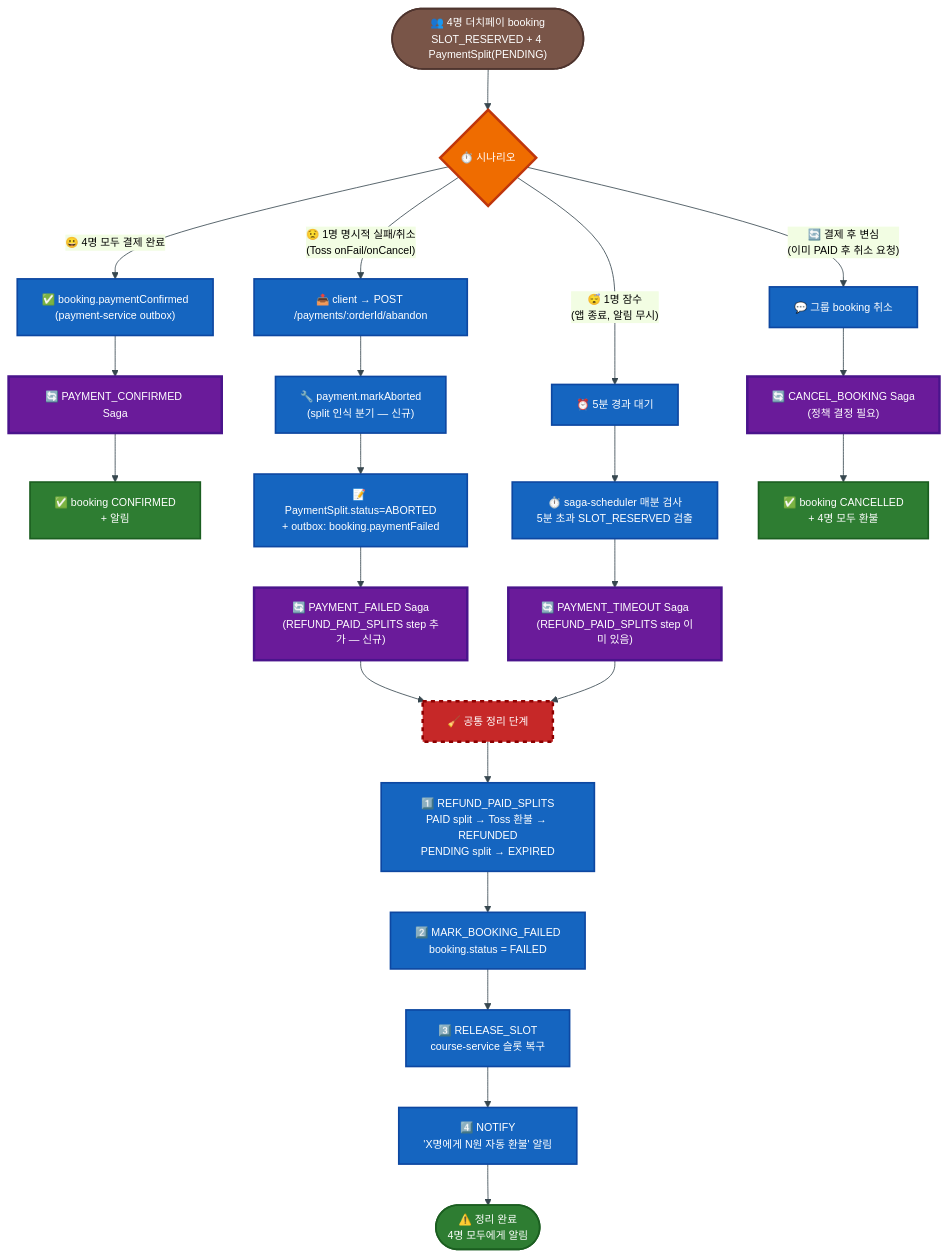
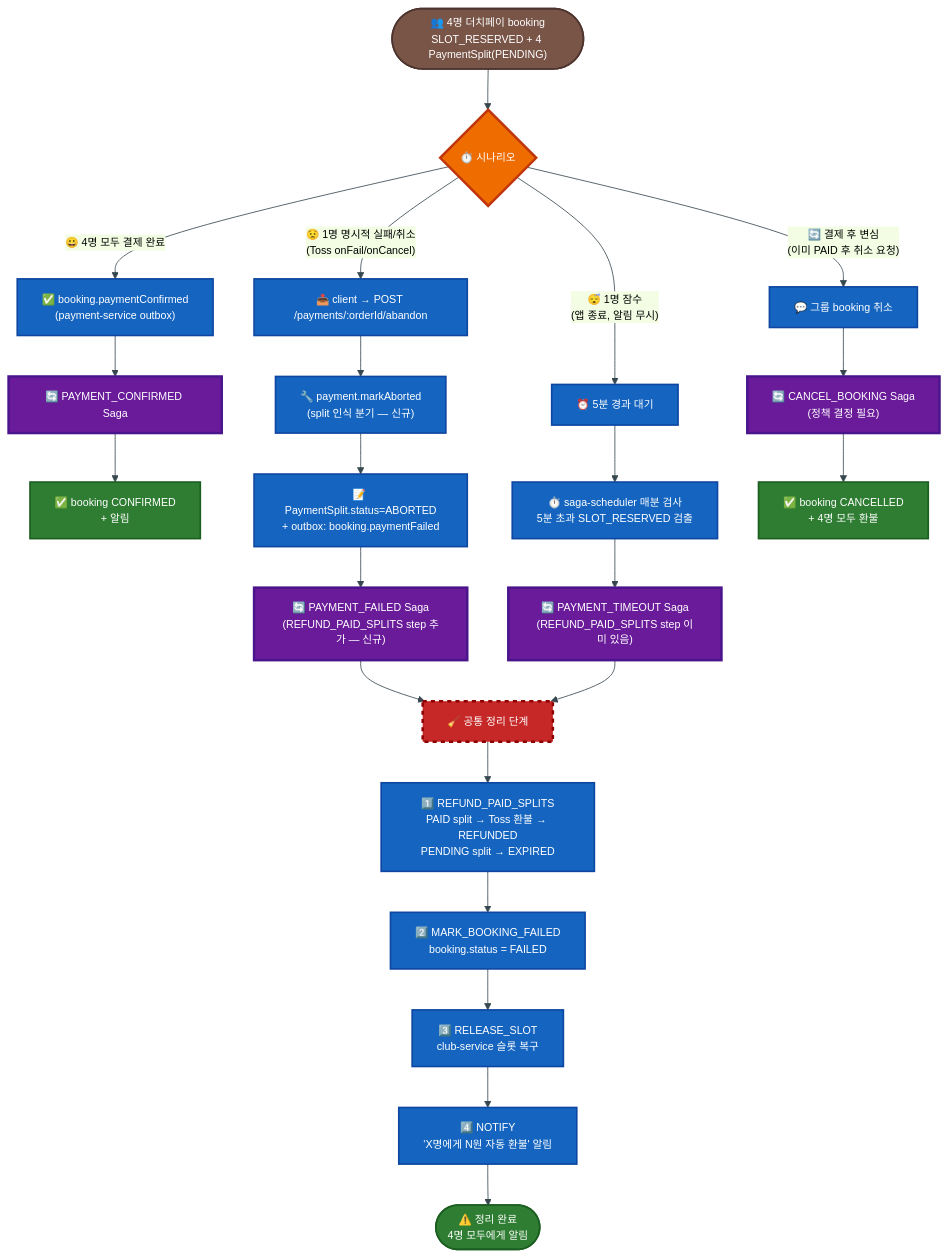
The fifth of 9 diagrams in docs/workflow/SAGA.md (uniyous/parkgolf-platform), drawn with Mermaid before and after one commit. The commit also changed other lines of this file and 130 other files, not shown here.

First line of the commit message:
refactor(infra): course-service → club-service 풀 리네임 (UNI-80)

````diff
--- a/docs/workflow/SAGA.md
+++ b/docs/workflow/SAGA.md
@@ -470,47 +470,47 @@
 ```mermaid
 %%{init: {'theme':'base','themeVariables':{'primaryColor':'#E3F2FD','primaryTextColor':'#000','primaryBorderColor':'#1565C0','lineColor':'#37474F','clusterBkg':'#ECEFF1','fontSize':'13px'}}}%%
 flowchart TD
     Start(["👥 4명 더치페이 booking<br/>SLOT_RESERVED + 4 PaymentSplit(PENDING)"]) --> Branch{"⏱️ 시나리오"}
 
     Branch -->|"😀 4명 모두 결제 완료"| AllPaid["✅ booking.paymentConfirmed<br/>(payment-service outbox)"]
     Branch -->|"😟 1명 명시적 실패/취소<br/>(Toss onFail/onCancel)"| Explicit["📤 client → POST /payments/:orderId/abandon"]
     Branch -->|"😴 1명 잠수<br/>(앱 종료, 알림 무시)"| Silent["⏰ 5분 경과 대기"]
     Branch -->|"🔄 결제 후 변심<br/>(이미 PAID 후 취소 요청)"| Mind["💬 그룹 booking 취소"]
 
     AllPaid --> ConfirmedSaga["🔄 PAYMENT_CONFIRMED Saga"]
     ConfirmedSaga --> Confirmed["✅ booking CONFIRMED<br/>+ 알림"]
 
     Explicit --> AbandonAPI["🔧 payment.markAborted<br/>(split 인식 분기 — 신규)"]
     AbandonAPI --> SplitAborted["📝 PaymentSplit.status=ABORTED<br/>+ outbox: booking.paymentFailed"]
     SplitAborted --> FailedSaga["🔄 PAYMENT_FAILED Saga<br/>(REFUND_PAID_SPLITS step 추가 — 신규)"]
 
     Silent --> Scheduler["⏱️ saga-scheduler 매분 검사<br/>5분 초과 SLOT_RESERVED 검출"]
     Scheduler --> TimeoutSaga["🔄 PAYMENT_TIMEOUT Saga<br/>(REFUND_PAID_SPLITS step 이미 있음)"]
 
     Mind --> CancelSaga["🔄 CANCEL_BOOKING Saga<br/>(정책 결정 필요)"]
     CancelSaga --> CancelDone["✅ booking CANCELLED<br/>+ 4명 모두 환불"]
 
     FailedSaga --> Cleanup["🧹 공통 정리 단계"]
     TimeoutSaga --> Cleanup
     Cleanup --> Step1["1️⃣ REFUND_PAID_SPLITS<br/>PAID split → Toss 환불 → REFUNDED<br/>PENDING split → EXPIRED"]
     Step1 --> Step2["2️⃣ MARK_BOOKING_FAILED<br/>booking.status = FAILED"]
-    Step2 --> Step3["3️⃣ RELEASE_SLOT<br/>course-service 슬롯 복구"]
+    Step2 --> Step3["3️⃣ RELEASE_SLOT<br/>club-service 슬롯 복구"]
     Step3 --> Step4["4️⃣ NOTIFY<br/>'X명에게 N원 자동 환불' 알림"]
     Step4 --> Done(["⚠️ 정리 완료<br/>4명 모두에게 알림"])
 
     classDef start fill:#795548,color:#fff,stroke:#4E342E,stroke-width:2px
     classDef branch fill:#EF6C00,color:#fff,stroke:#BF360C,stroke-width:3px
     classDef saga fill:#6A1B9A,color:#fff,stroke:#4A148C,stroke-width:3px
     classDef proc fill:#1565C0,color:#fff,stroke:#0D47A1,stroke-width:2px
     classDef new fill:#C62828,color:#fff,stroke:#8E0000,stroke-width:3px,stroke-dasharray:5 5
     classDef ok fill:#2E7D32,color:#fff,stroke:#1B5E20,stroke-width:2px
 
     class Start start
     class Branch branch
     class ConfirmedSaga,FailedSaga,TimeoutSaga,CancelSaga saga
     class AbandonAPI,SplitAborted,Explicit,Silent,Mind,AllPaid proc
     class Step1,Step2,Step3,Step4 proc
     class Scheduler proc
     class Cleanup new
     class Confirmed,CancelDone,Done ok
 ```
````
